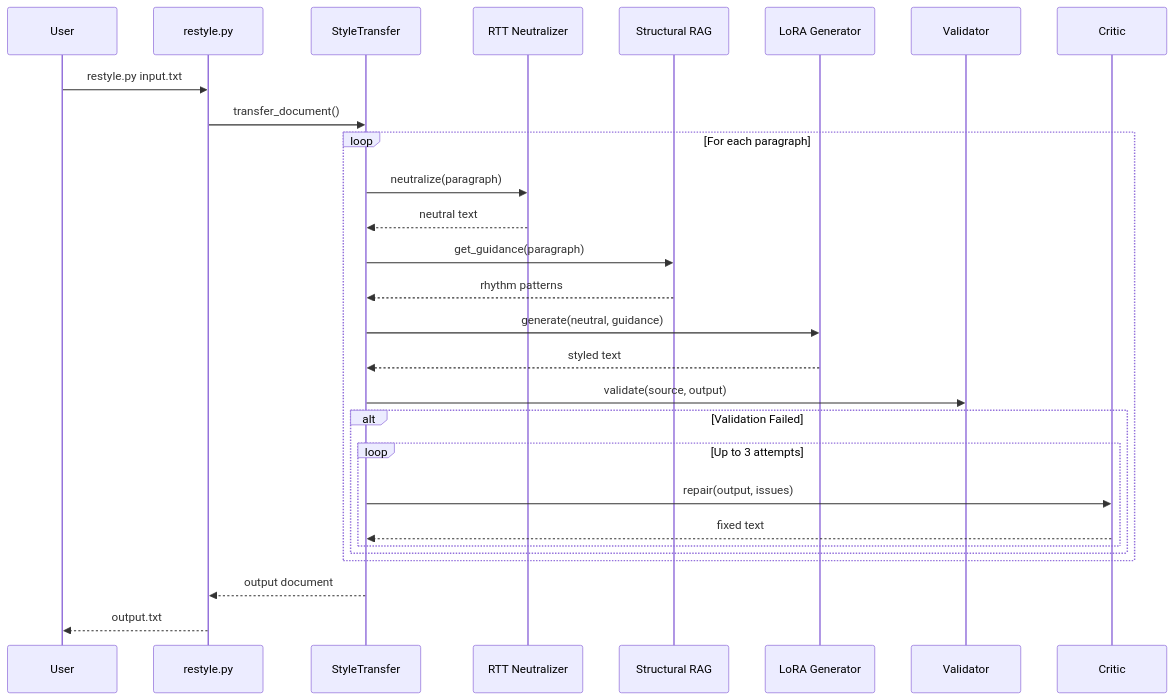
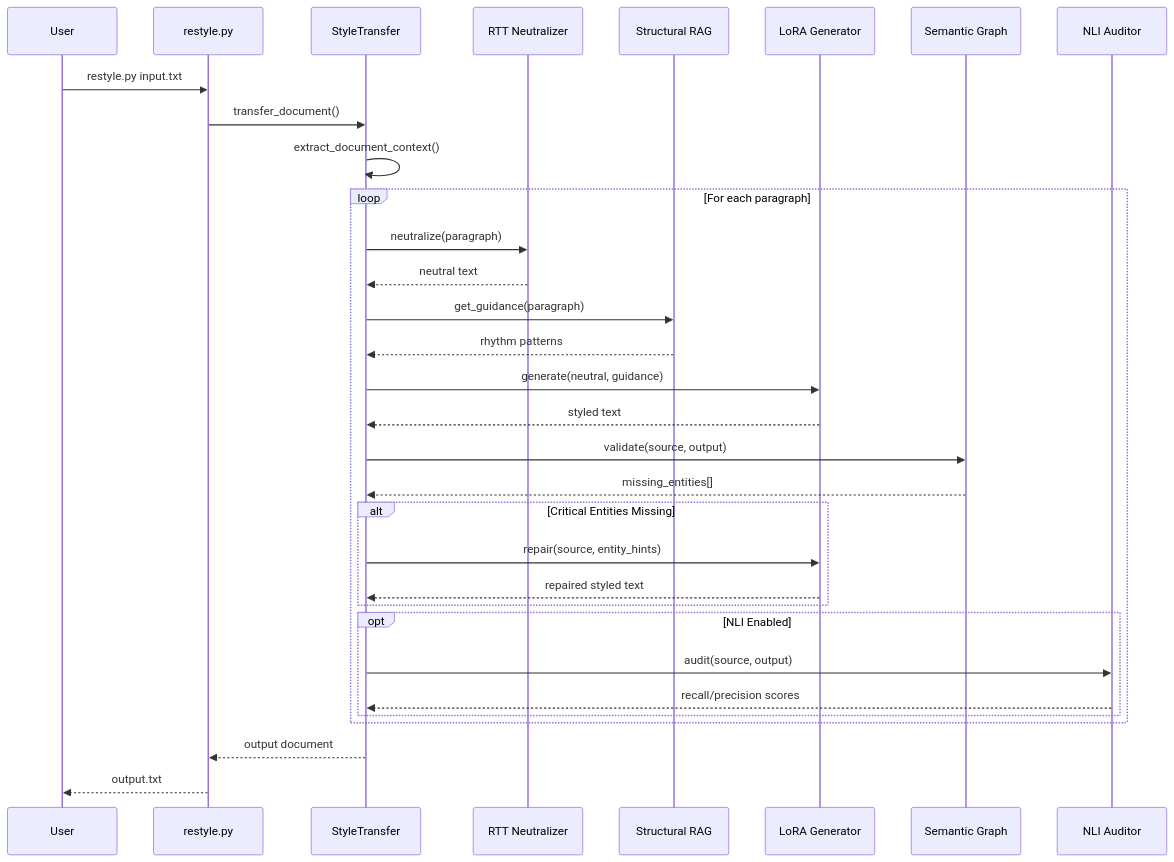
Before and after one commit to yogthos/revenant: the fifth of 5 diagrams in README.md, drawn with Mermaid. The commit also changed other lines of this file and 1 other file, not shown here.

Commit message:
add architecture doc

````diff
--- a/README.md
+++ b/README.md
@@ -312,37 +361,42 @@
 ```mermaid
 sequenceDiagram
     participant User
     participant CLI as restyle.py
     participant Transfer as StyleTransfer
     participant RTT as RTT Neutralizer
     participant RAG as Structural RAG
     participant LoRA as LoRA Generator
-    participant Validator as Validator
-    participant Critic as Critic
+    participant Graph as Semantic Graph
+    participant NLI as NLI Auditor
 
     User->>CLI: restyle.py input.txt
     CLI->>Transfer: transfer_document()
+    Transfer->>Transfer: extract_document_context()
 
     loop For each paragraph
         Transfer->>RTT: neutralize(paragraph)
         RTT-->>Transfer: neutral text
 
         Transfer->>RAG: get_guidance(paragraph)
         RAG-->>Transfer: rhythm patterns
 
         Transfer->>LoRA: generate(neutral, guidance)
         LoRA-->>Transfer: styled text
 
-        Transfer->>Validator: validate(source, output)
+        Transfer->>Graph: validate(source, output)
+        Graph-->>Transfer: missing_entities[]
 
-        alt Validation Failed
-            loop Up to 3 attempts
-                Transfer->>Critic: repair(output, issues)
-                Critic-->>Transfer: fixed text
-            end
+        alt Critical Entities Missing
+            Transfer->>LoRA: repair(source, entity_hints)
+            LoRA-->>Transfer: repaired styled text
+        end
+
+        opt NLI Enabled
+            Transfer->>NLI: audit(source, output)
+            NLI-->>Transfer: recall/precision scores
         end
     end
 
     Transfer-->>CLI: output document
     CLI-->>User: output.txt
 ```
````
